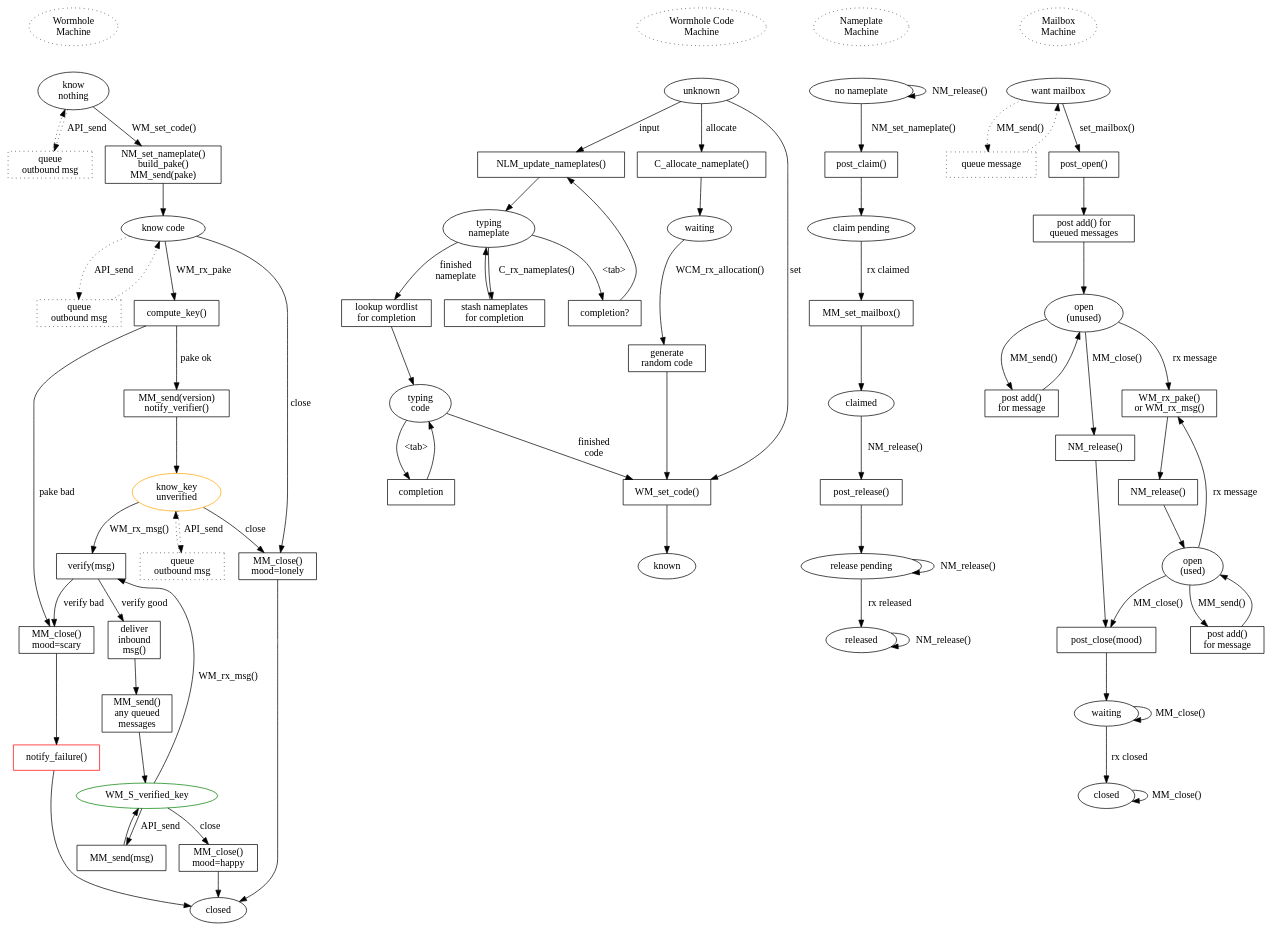
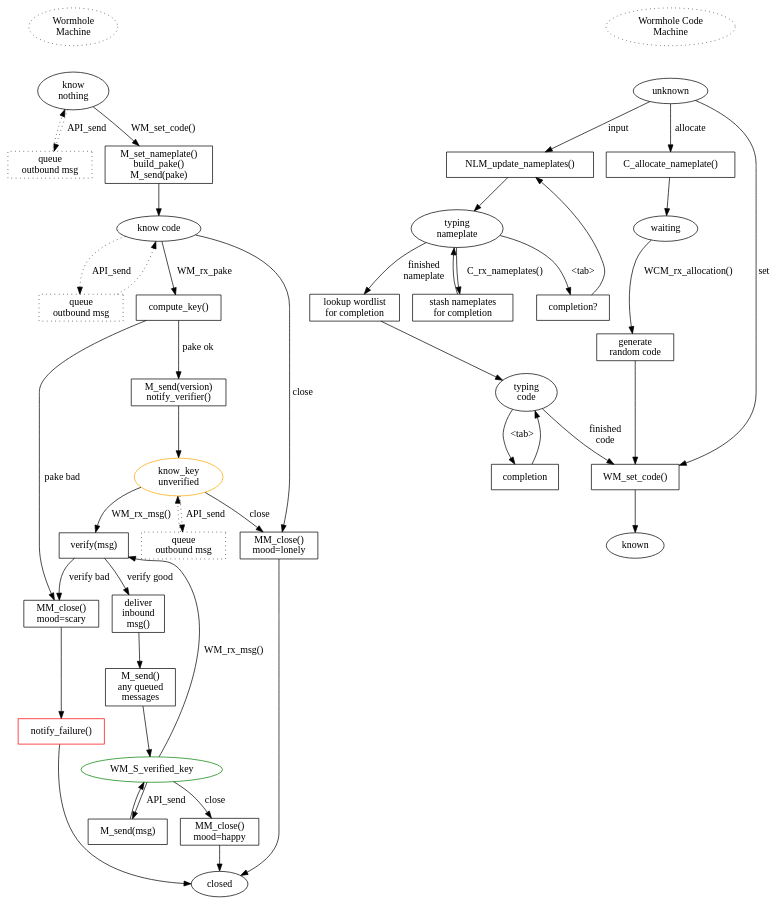
Before and after one commit to magic-wormhole/magic-wormhole: the diagram in docs/w.dot, drawn with Graphviz.

Commit message:
w.dot: comment out things that seem superceded by w2.dot

```diff
--- a/docs/w.dot
+++ b/docs/w.dot
@@ -17,7 +17,7 @@
         WM_P_queue1 -> WM_S_nothing [style="dotted"]
         WM_S_nothing -> WM_P_build_and_post_pake [label="WM_set_code()"]
 
-        WM_P_build_and_post_pake [label="NM_set_nameplate()\nbuild_pake()\nMM_send(pake)" shape="box"]
+        WM_P_build_and_post_pake [label="M_set_nameplate()\nbuild_pake()\nM_send(pake)" shape="box"]
         WM_P_build_and_post_pake -> WM_S_know_code
 
         WM_S_know_code [label="know code\n"]
@@ -37,7 +37,7 @@
         WM_P_notify_failure [shape="box" label="notify_failure()" color="red"]
         WM_P_notify_failure -> WM_S_closed
 
-        WM_P_post_version [label="MM_send(version)\nnotify_verifier()" shape="box"]
+        WM_P_post_version [label="M_send(version)\nnotify_verifier()" shape="box"]
         WM_P_post_version -> WM_S_know_key
 
         WM_S_know_key [label="know_key\nunverified" color="orange"]
@@ -54,7 +54,7 @@
         WM_P_accept_msg [label="deliver\ninbound\nmsg()" shape="box"]
         WM_P_accept_msg -> WM_P_send_queued
 
-        WM_P_send_queued [shape="box" label="MM_send()\nany queued\nmessages"]
+        WM_P_send_queued [shape="box" label="M_send()\nany queued\nmessages"]
         WM_P_send_queued -> WM_S_verified_key
 
         WM_S_verified_key [color="green"]
@@ -68,7 +68,7 @@
         WM_P_mood_lonely [shape="box" label="MM_close()\nmood=lonely"]
         WM_P_mood_lonely -> WM_S_closed
 
-        WM_P_send [shape="box" label="MM_send(msg)"]
+        WM_P_send [shape="box" label="M_send(msg)"]
         WM_P_send -> WM_S_verified_key
 
         WM_S_closed [label="closed"]
@@ -113,7 +113,7 @@
         WCM_P_allocate_generate -> WCM_P_set_code
         
         
-        
+        /*
         NM_start [label="Nameplate\nMachine" style="dotted"]
         NM_start -> NM_S_unclaimed [style="invis"]
         NM_S_unclaimed [label="no nameplate"]
@@ -134,8 +134,9 @@
         NM_S_releasing -> NM_S_released [label="rx released"]
         NM_S_released [label="released"]
         NM_S_released -> NM_S_released [label="NM_release()"]
+        */
 
-
+        /*
         MM_start [label="Mailbox\nMachine" style="dotted"]
         MM_start -> MM_S_want_mailbox [style="invis"]
         MM_S_want_mailbox [label="want mailbox"]
@@ -173,6 +174,7 @@
         MM_S_closing -> MM_S_closed [label="rx closed"]
         MM_S_closed [label="closed"]
         MM_S_closed -> MM_S_closed [label="MM_close()"]
+        */
 
         /* upgrading to new PAKE algorithm, the slower form (the faster form
         puts the pake_abilities record in the nameplate_info message) */
```
